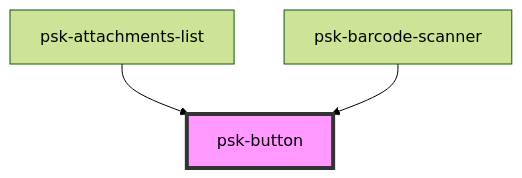
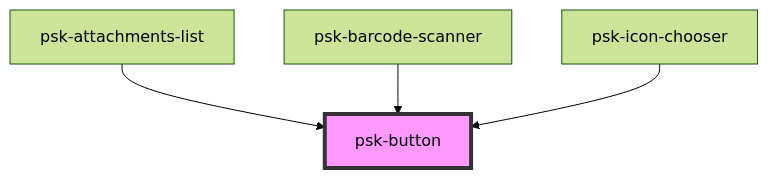
The diagram in src/components/psk-button/readme.md (daniel-visoiu/cardinal), drawn with Mermaid (forest theme) before and after one commit. The commit also changed other lines of this file and 2 other files, not shown here.

Commit message:
let the psk-live-code style to load before triggering the PrismLiveEditor plugin

````diff
--- a/src/components/psk-button/readme.md
+++ b/src/components/psk-button/readme.md
@@ -31,6 +32,7 @@
 ```mermaid
 graph TD;
   psk-attachments-list --> psk-button
   psk-barcode-scanner --> psk-button
+  psk-icon-chooser --> psk-button
   style psk-button fill:#f9f,stroke:#333,stroke-width:4px
 ```
````
